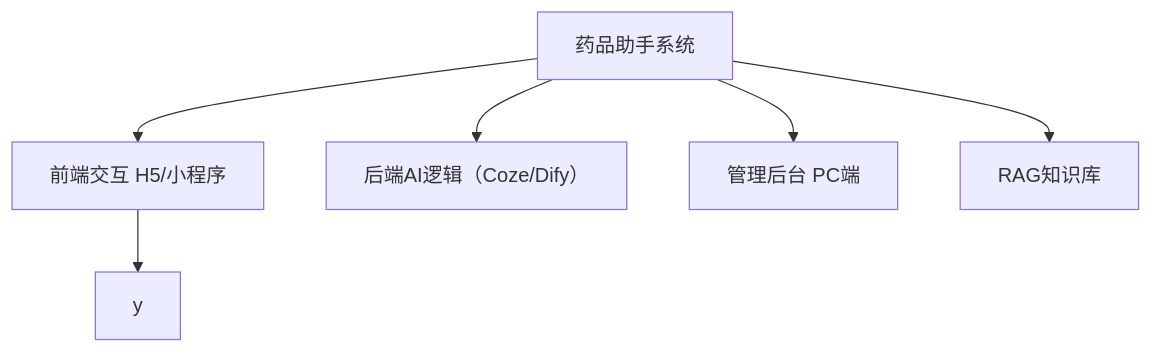
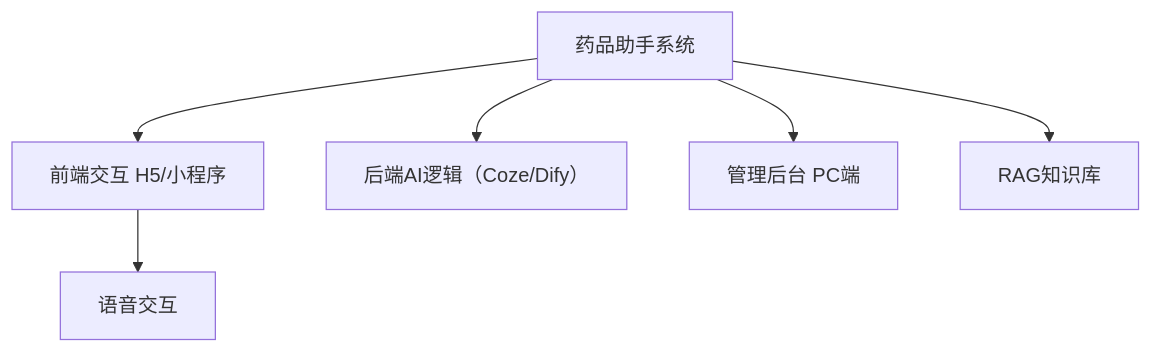
One commit to funnyData/iodraw-files changed the diagram in all/未命名.md. Above: the diagram before and after it, drawn with Mermaid.

Commit message:
2025-02-21 13:54:06 update

````diff
--- a/all/未命名.md
+++ b/all/未命名.md
@@ -1,7 +1,7 @@
 ```mermaid
 graph TD
-    A[药品助手系统] --> B[前端交互 H5/小程序] --> F[y]
+    A[药品助手系统] --> B[前端交互 H5/小程序] --> F[语音交互]
     A --> C[后端AI逻辑（Coze/Dify）]
     A --> D[管理后台 PC端]
     A --> E[RAG知识库]
 ```
````
